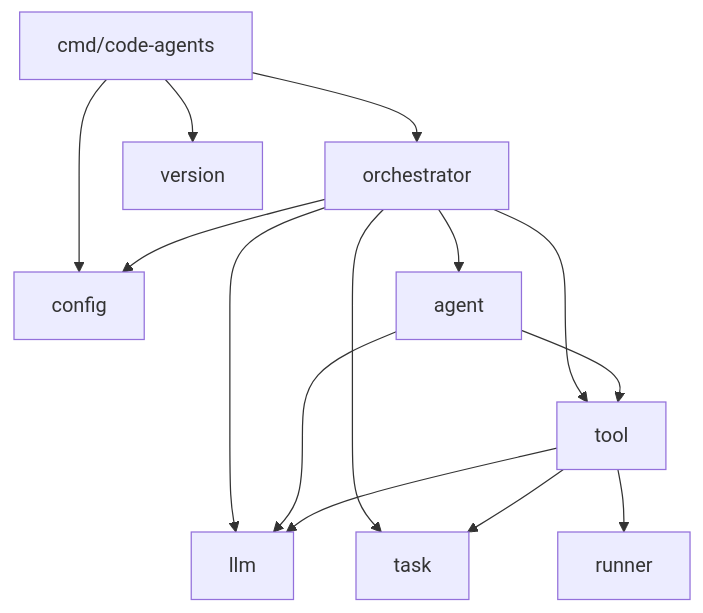
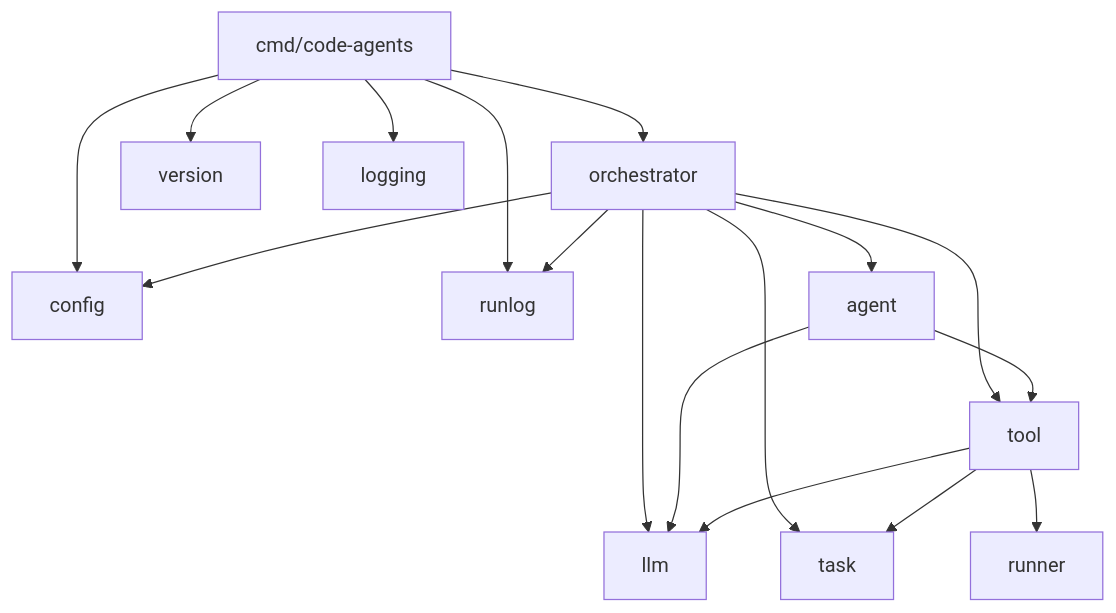
One commit to kelnmaari/code-agents changed the diagram in docs/project-structure.md. Above: the diagram before and after it, drawn with Mermaid. The commit also changed other lines of this file and 1 other file, not shown here.

````diff
--- a/docs/project-structure.md
+++ b/docs/project-structure.md
@@ -141,19 +164,22 @@
 ```mermaid
 graph TD
     CMD[cmd/code-agents] --> CFG[config]
     CMD --> ORC[orchestrator]
     CMD --> VER[version]
+    CMD --> LOG[logging]
+    CMD --> RL[runlog]
 
     ORC --> CFG
     ORC --> LLM[llm]
     ORC --> AGT[agent]
     ORC --> TQ[task]
     ORC --> TL[tool]
+    ORC --> RL
 
     AGT --> LLM
     AGT --> TL
 
     TL --> TQ
     TL --> RUN[runner]
     TL --> LLM
 ```
````
